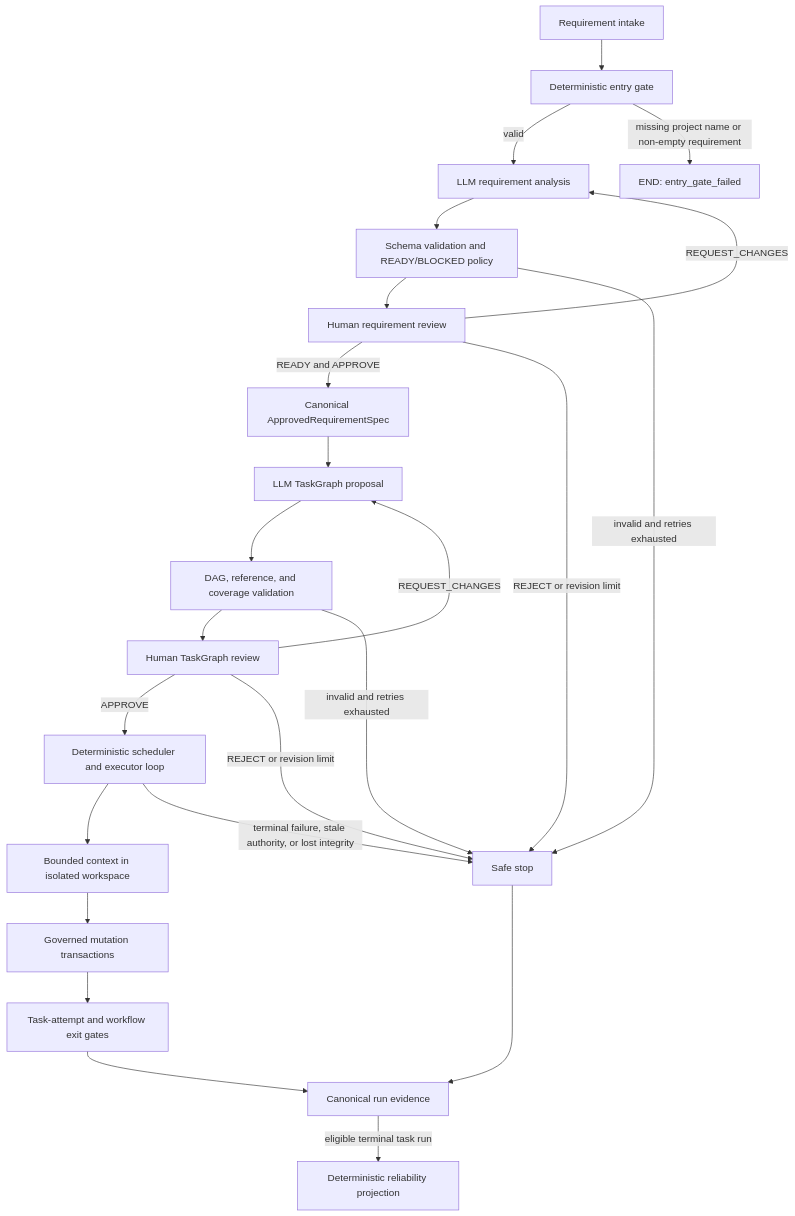
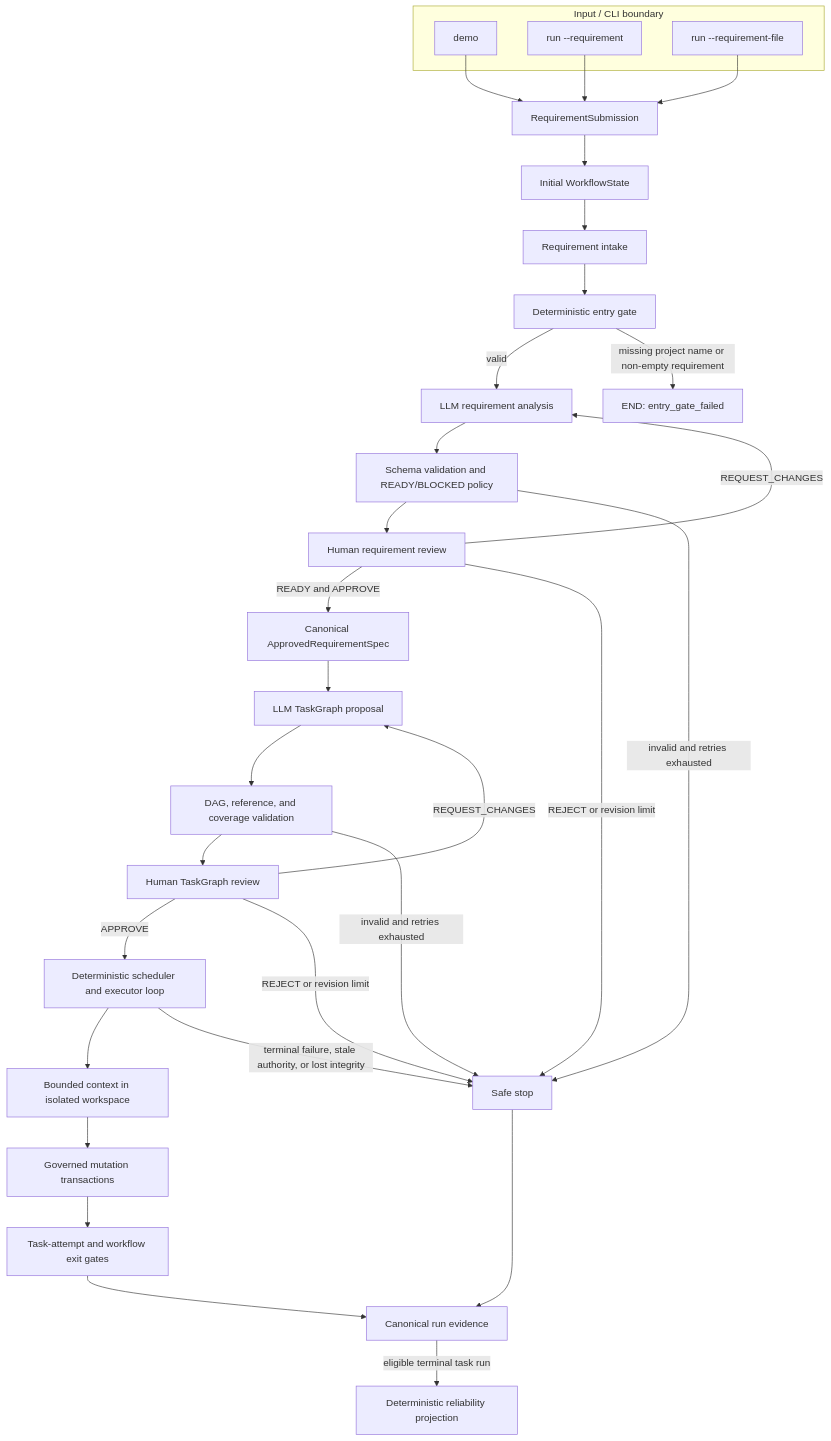
One commit to anthonbr/agentic-sdlc-orchestrator changed the first of 3 diagrams in ARCHITECTURE.md. Above: the diagram before and after it, drawn with Mermaid. The commit also changed other lines of this file and 2 other files, not shown here.

Commit message:
docs: document user-supplied requirement input

````diff
--- a/ARCHITECTURE.md
+++ b/ARCHITECTURE.md
@@ -13,26 +36,36 @@
 ```mermaid
 flowchart TD
-    A[Requirement intake] --> E0[Deterministic entry gate]
+    subgraph INPUT[Input / CLI boundary]
+        DEMO[demo]
+        RI[run --requirement]
+        RF[run --requirement-file]
+    end
+    DEMO --> RS[RequirementSubmission]
+    RI --> RS
+    RF --> RS
+    RS --> W[Initial WorkflowState]
+    W --> A[Requirement intake]
+    A --> E0[Deterministic entry gate]
     E0 -->|valid| B[LLM requirement analysis]
     E0 -->|missing project name or non-empty requirement| X[END: entry_gate_failed]
     B --> C[Schema validation and READY/BLOCKED policy]
     C --> D[Human requirement review]
     D -->|REQUEST_CHANGES| B
     D -->|READY and APPROVE| E[Canonical ApprovedRequirementSpec]
     E --> F[LLM TaskGraph proposal]
     F --> G[DAG, reference, and coverage validation]
     G --> H[Human TaskGraph review]
     H -->|REQUEST_CHANGES| F
     H -->|APPROVE| I[Deterministic scheduler and executor loop]
     I --> J[Bounded context in isolated workspace]
     J --> K[Governed mutation transactions]
     K --> L[Task-attempt and workflow exit gates]
     L --> M[Canonical run evidence]
     C -->|invalid and retries exhausted| S[Safe stop]
     D -->|REJECT or revision limit| S
     G -->|invalid and retries exhausted| S
     H -->|REJECT or revision limit| S
     I -->|terminal failure, stale authority, or lost integrity| S
     S --> M
     M -->|eligible terminal task run| N[Deterministic reliability projection]
 ```
````
